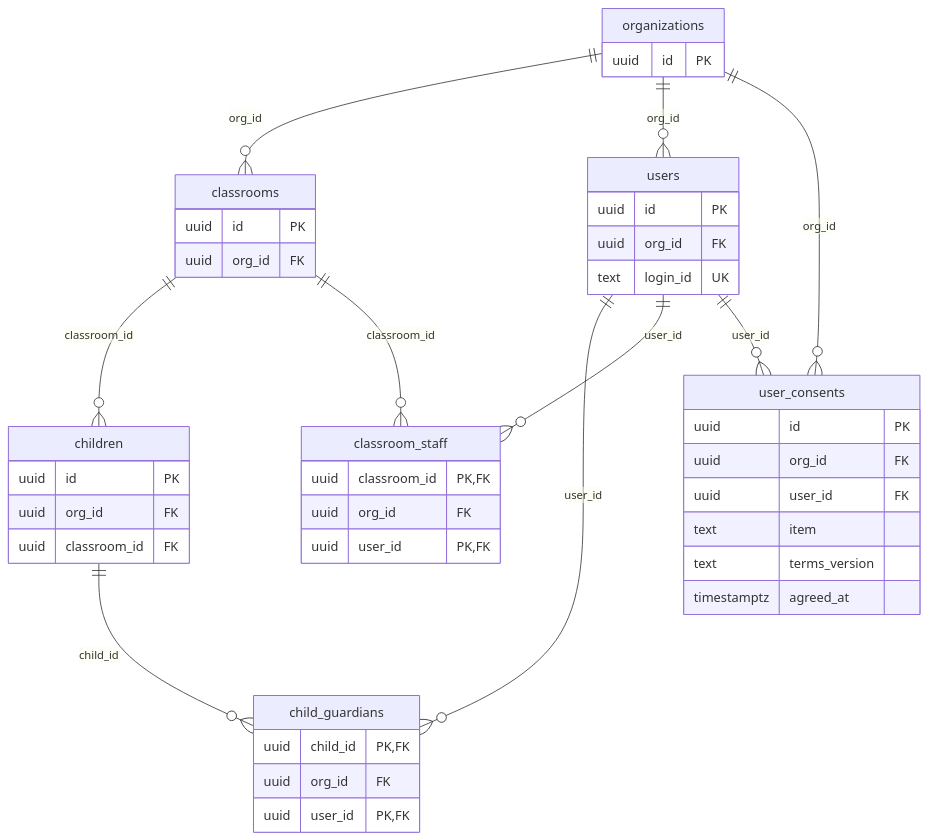
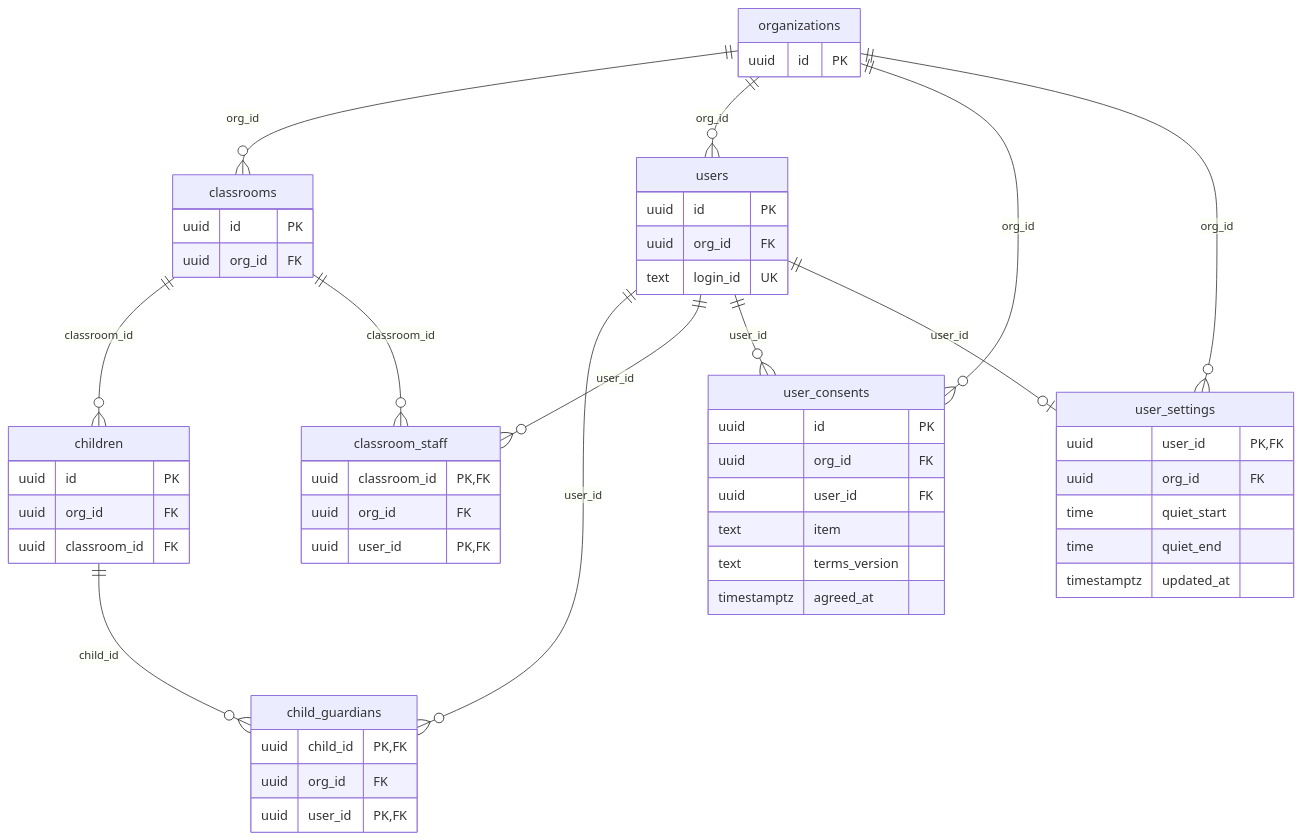
One commit to aio-final-2team/FinalProject_2Team changed the first of 6 diagrams in Docs/Step2/DB_스키마_설계서.md. Above: the diagram before and after it, drawn with Mermaid. The commit also changed other lines of this file and 25 other files, not shown here.

````diff
--- a/Docs/Step2/DB_스키마_설계서.md
+++ b/Docs/Step2/DB_스키마_설계서.md
@@ -63,19 +63,22 @@
 ```mermaid
 erDiagram
     organizations { uuid id PK }
     classrooms { uuid id PK uuid org_id FK }
     users { uuid id PK uuid org_id FK text login_id UK }
     user_consents { uuid id PK uuid org_id FK uuid user_id FK text item text terms_version timestamptz agreed_at }
+    user_settings { uuid user_id PK, FK uuid org_id FK time quiet_start time quiet_end timestamptz updated_at }
     classroom_staff { uuid classroom_id PK, FK uuid org_id FK uuid user_id PK, FK }
     children { uuid id PK uuid org_id FK uuid classroom_id FK }
     child_guardians { uuid child_id PK, FK uuid org_id FK uuid user_id PK, FK }
     children ||--o{ child_guardians : "child_id"
     users ||--o{ child_guardians : "user_id"
     classrooms ||--o{ children : "classroom_id"
     organizations ||--o{ classrooms : "org_id"
     classrooms ||--o{ classroom_staff : "classroom_id"
     users ||--o{ classroom_staff : "user_id"
     organizations ||--o{ users : "org_id"
     organizations ||--o{ user_consents : "org_id"
     users ||--o{ user_consents : "user_id"
+    users ||--o| user_settings : "user_id"
+    organizations ||--o{ user_settings : "org_id"
 ```
````
